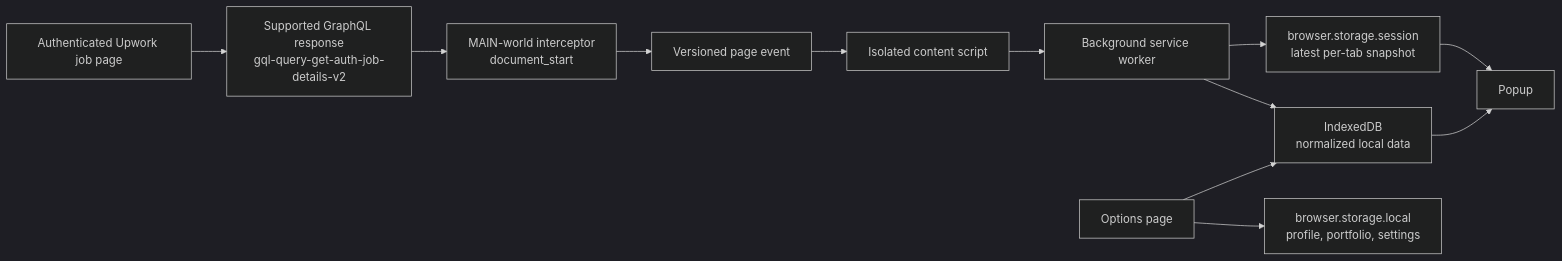
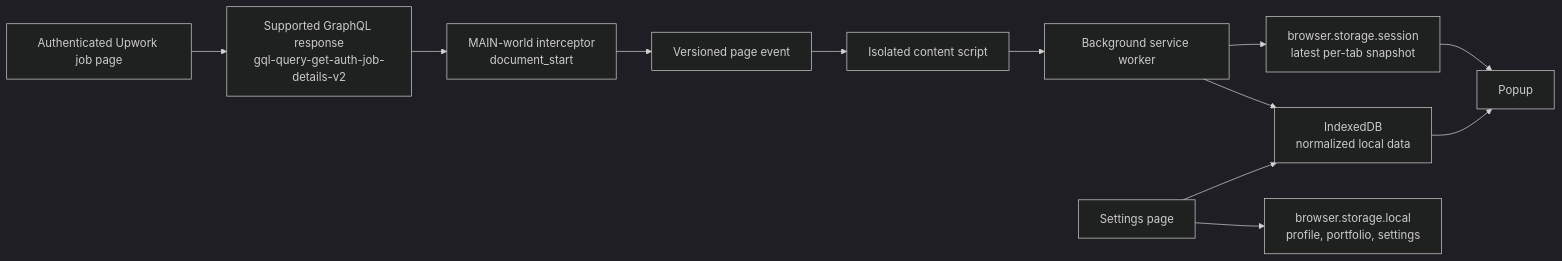
One commit to sfsajid91/upwork-tools changed the diagram in docs/architecture.md. Above: the diagram before and after it, drawn with Mermaid (dark theme). The commit also changed other lines of this file and 207 other files, not shown here.

````diff
--- a/docs/architecture.md
+++ b/docs/architecture.md
@@ -20,22 +20,22 @@
 ```mermaid
 flowchart LR
   U[Authenticated Upwork job page]
   R[Supported GraphQL response<br/>gql-query-get-auth-job-details-v2]
   M[MAIN-world interceptor<br/>document_start]
   P[Versioned page event]
   C[Isolated content script]
   B[Background service worker]
   S[browser.storage.session<br/>latest per-tab snapshot]
   D[IndexedDB<br/>normalized local data]
   Q[Popup]
-  O[Options page]
+  O[Settings page]
   L[browser.storage.local<br/>profile, portfolio, settings]
 
   U --> R --> M --> P --> C --> B
   B --> S
   B --> D
   S --> Q
   D --> Q
   O --> L
   O --> D
 ```
````
